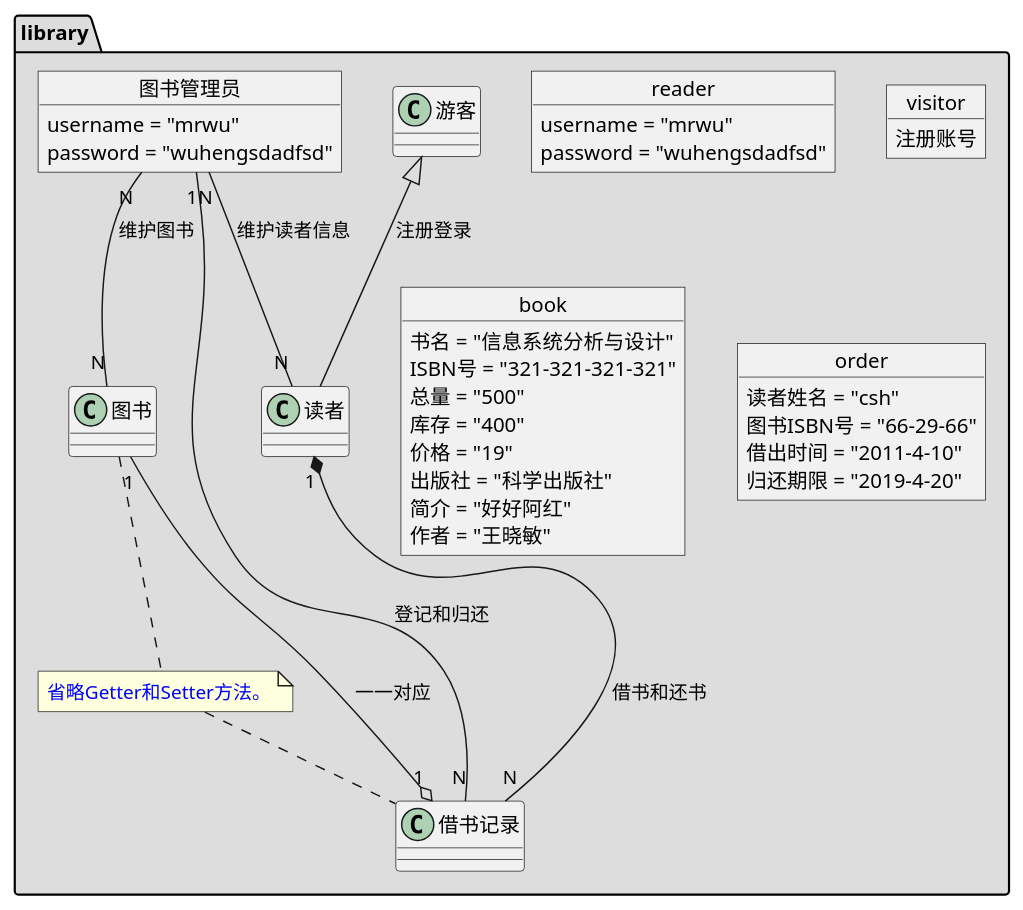
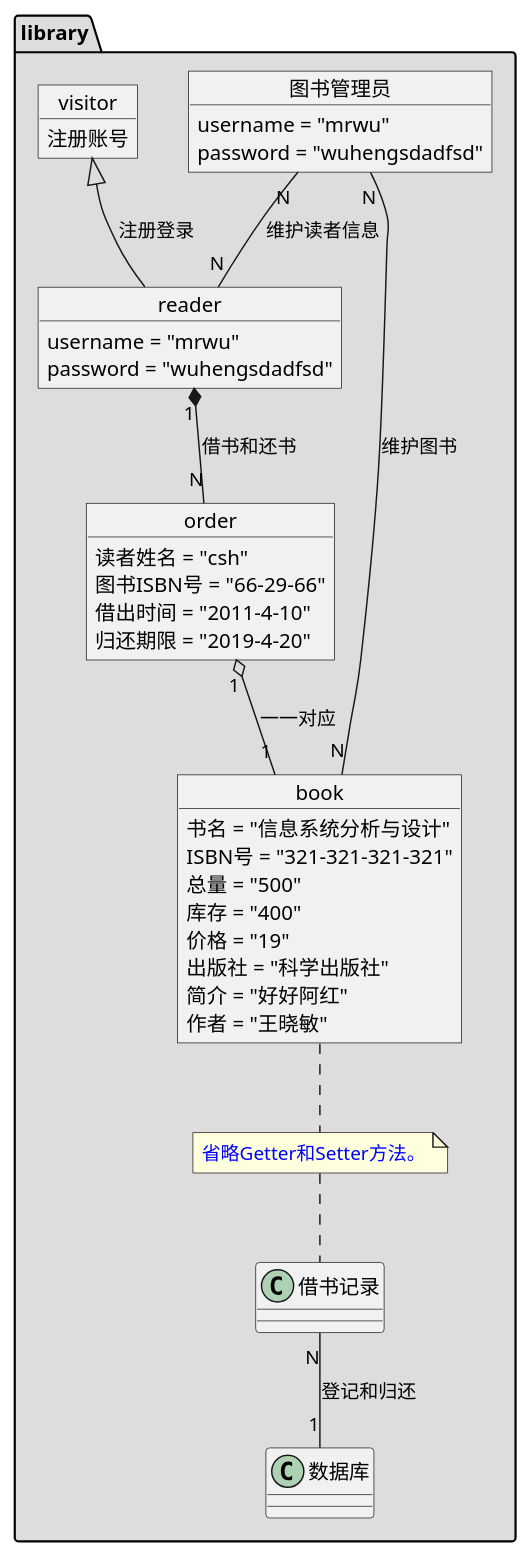
One commit to 748580573/is_analysis changed the diagram in test3/系统对象.puml. Above: the diagram before and after it, drawn with PlantUML. The commit also changed 1 other file, not shown here.

```diff
--- a/test3/系统对象.puml
+++ b/test3/系统对象.puml
@@ -1,55 +1,55 @@
 @startuml
 
 package "library" #DDDDDD {
 
 	object 图书管理员 {
 		 username = "mrwu"
 		 password = "wuhengsdadfsd"
 	}
 
 
 
 	object reader {
 	 	username = "mrwu"
 		password = "wuhengsdadfsd"
 	}
 	object visitor {
 		注册账号
 	}
 
 	object book {
 	 	书名 = "信息系统分析与设计"
 	 	ISBN号 = "321-321-321-321"
 	 	总量 = "500"
 	 	库存 = "400"
 	 	价格 = "19"
 	 	出版社 = "科学出版社"
 	 	简介 = "好好阿红"
 	 	作者 = "王晓敏"
 	}
 
 	object order {
 	 	读者姓名 = "csh"
 	 	图书ISBN号 = "66-29-66"
 	 	借出时间 = "2011-4-10"
 	 	归还期限 = "2019-4-20"
 	}
 
 	note "<color:blue>省略Getter和Setter方法。</color>" as note1
 
-	图书 .. note1
+	book .. note1
 	note1 .. 借书记录
 
 
-	游客 <|-- 读者 : 注册登录
-	读者 "1" *-- "N" 借书记录 : 借书和还书
-	借书记录 "1" o-- "1" 图书 : 一一对应
-	借书记录 "N" -- "1" 图书管理员 : 登记和归还
-	图书管理员 "N" -- "N" 图书 : 维护图书
-	图书管理员 "N" -- "N" 读者 : 维护读者信息
+	visitor <|-- reader : 注册登录
+	reader "1" *-- "N" order : 借书和还书
+	order "1" o-- "1" book : 一一对应
+	借书记录 "N" -- "1"  数据库: 登记和归还
+	图书管理员 "N" -- "N" book : 维护图书
+	图书管理员 "N" -- "N" reader : 维护读者信息
 
 
 }
 
 
 @enduml
```
